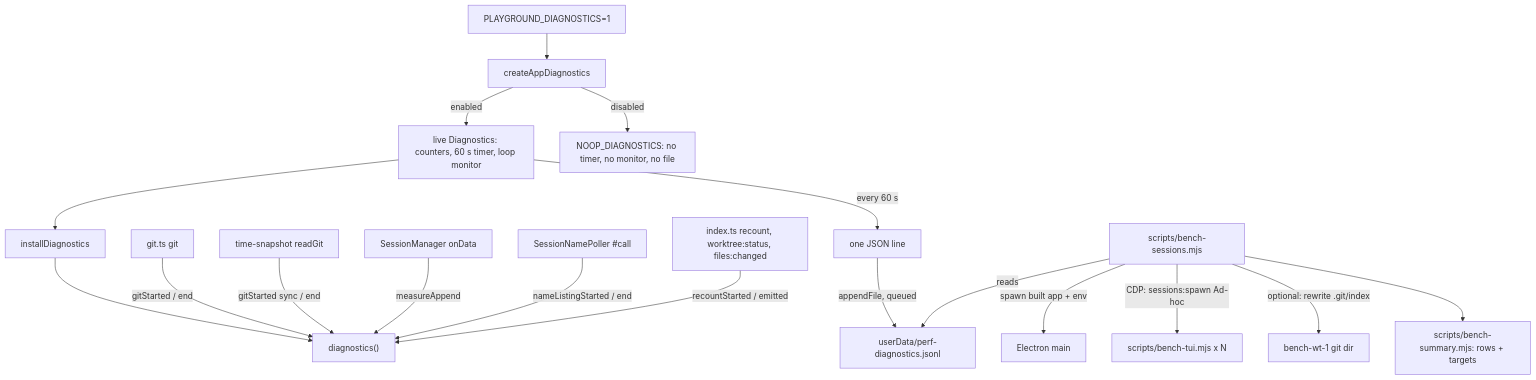
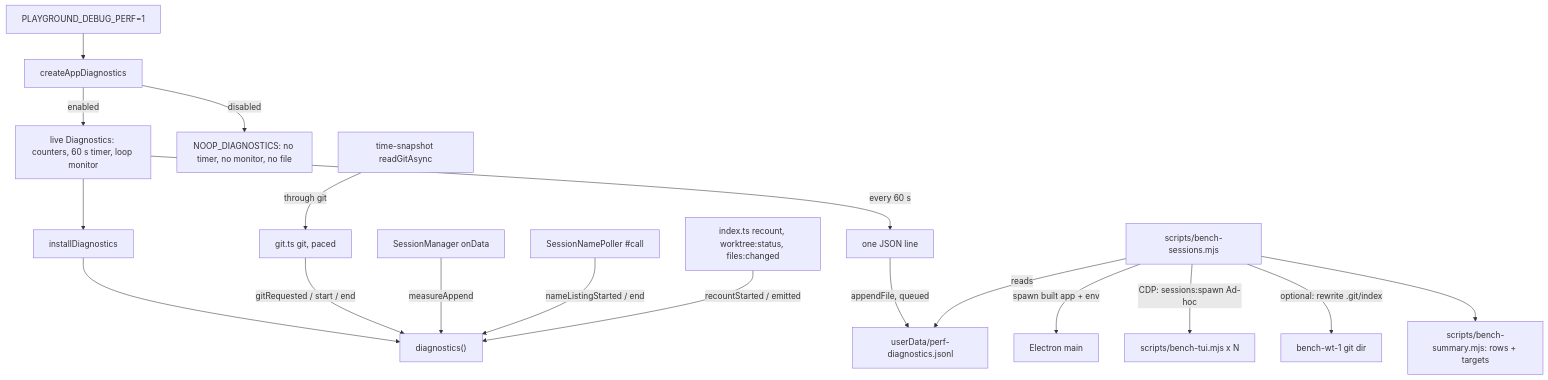
One commit to obogoni/playground changed the diagram in .specs/features/perf-diagnostics/design.md. Above: the diagram before and after it, drawn with Mermaid. The commit also changed other lines of this file and 2 other files, not shown here.

First line of the commit message:
docs(specs): reconcile the perf-diagnostics plan with main after #154 and #157

````diff
--- a/.specs/features/perf-diagnostics/design.md
+++ b/.specs/features/perf-diagnostics/design.md
@@ -18,20 +18,20 @@
 ```mermaid
 graph TD
-    ENV[PLAYGROUND_DIAGNOSTICS=1] --> CAD[createAppDiagnostics]
+    ENV[PLAYGROUND_DEBUG_PERF=1] --> CAD[createAppDiagnostics]
     CAD -->|enabled| LIVE[live Diagnostics: counters, 60 s timer, loop monitor]
     CAD -->|disabled| NOOP[NOOP_DIAGNOSTICS: no timer, no monitor, no file]
     LIVE --> INST[installDiagnostics]
     INST --> ACC["diagnostics()"]
-    GIT[git.ts git] -->|gitStarted / end| ACC
-    SNAP[time-snapshot readGit] -->|gitStarted sync / end| ACC
+    GIT[git.ts git, paced] -->|gitRequested / start / end| ACC
+    SNAP[time-snapshot readGitAsync] -->|through git| GIT
     SM[SessionManager onData] -->|measureAppend| ACC
     NP[SessionNamePoller #call] -->|nameListingStarted / end| ACC
     IDX[index.ts recount, worktree:status, files:changed] -->|recountStarted / emitted| ACC
     LIVE -->|every 60 s| LINE[one JSON line]
     LINE -->|appendFile, queued| LOG["userData/perf-diagnostics.jsonl"]
     BENCH[scripts/bench-sessions.mjs] -->|spawn built app + env| APP[Electron main]
     BENCH -->|CDP: sessions:spawn Ad-hoc| TUI[scripts/bench-tui.mjs x N]
     BENCH -->|optional: rewrite .git/index| WT[bench-wt-1 git dir]
     BENCH -->|reads| LOG
     BENCH --> SUM[scripts/bench-summary.mjs: rows + targets]
 ```
````
